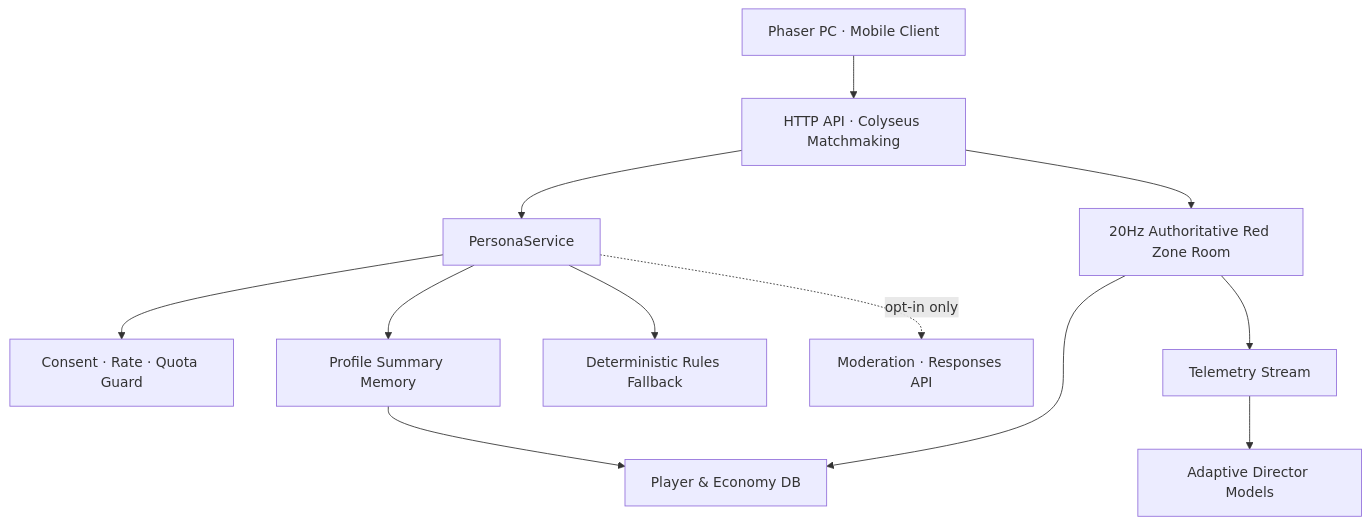
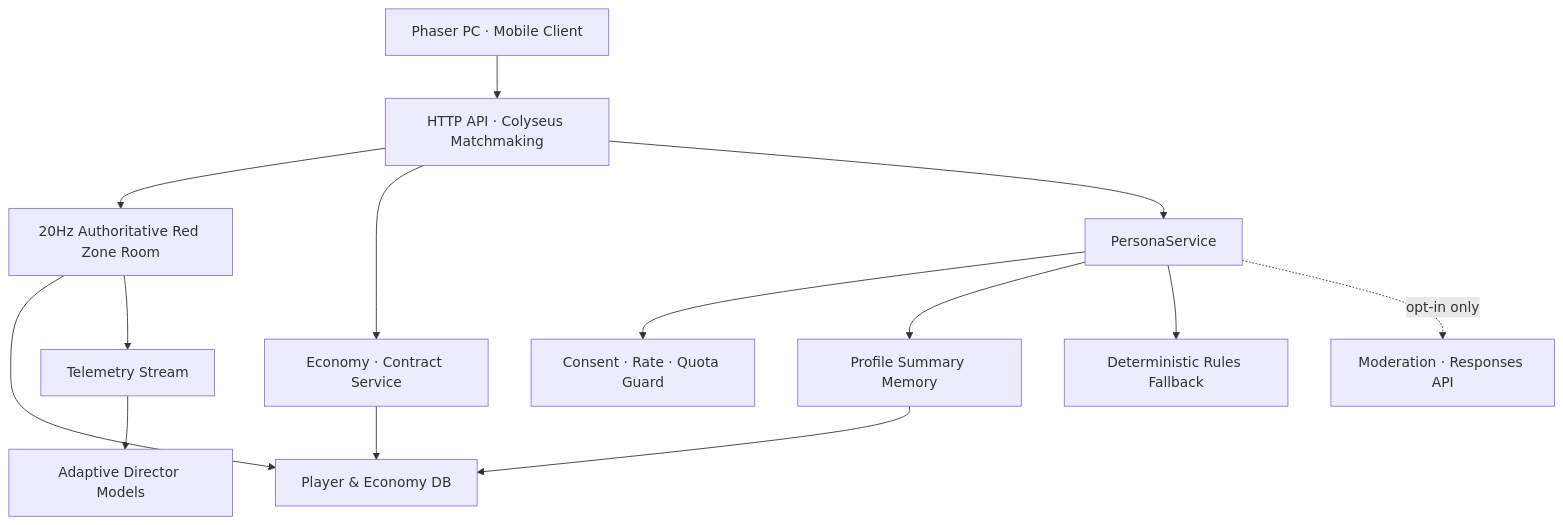
Before and after one commit to khj874869/Neural-Evolution-Operatives: the diagram in docs/ARCHITECTURE.md, drawn with Mermaid. The commit also changed other lines of this file and 29 other files, not shown here.

````diff
--- a/docs/ARCHITECTURE.md
+++ b/docs/ARCHITECTURE.md
@@ -9,14 +9,16 @@
 ```mermaid
 flowchart TD
   C["Phaser PC · Mobile Client"] --> G["HTTP API · Colyseus Matchmaking"]
   G --> A["20Hz Authoritative Red Zone Room"]
+  G --> E["Economy · Contract Service"]
   G --> O["PersonaService"]
   O --> P["Consent · Rate · Quota Guard"]
   O --> M["Profile Summary Memory"]
   O --> F["Deterministic Rules Fallback"]
   O -. "opt-in only" .-> L["Moderation · Responses API"]
   A --> D["Player & Economy DB"]
+  E --> D
   M --> D
   A --> T["Telemetry Stream"]
   T --> R["Adaptive Director Models"]
 ```
````
